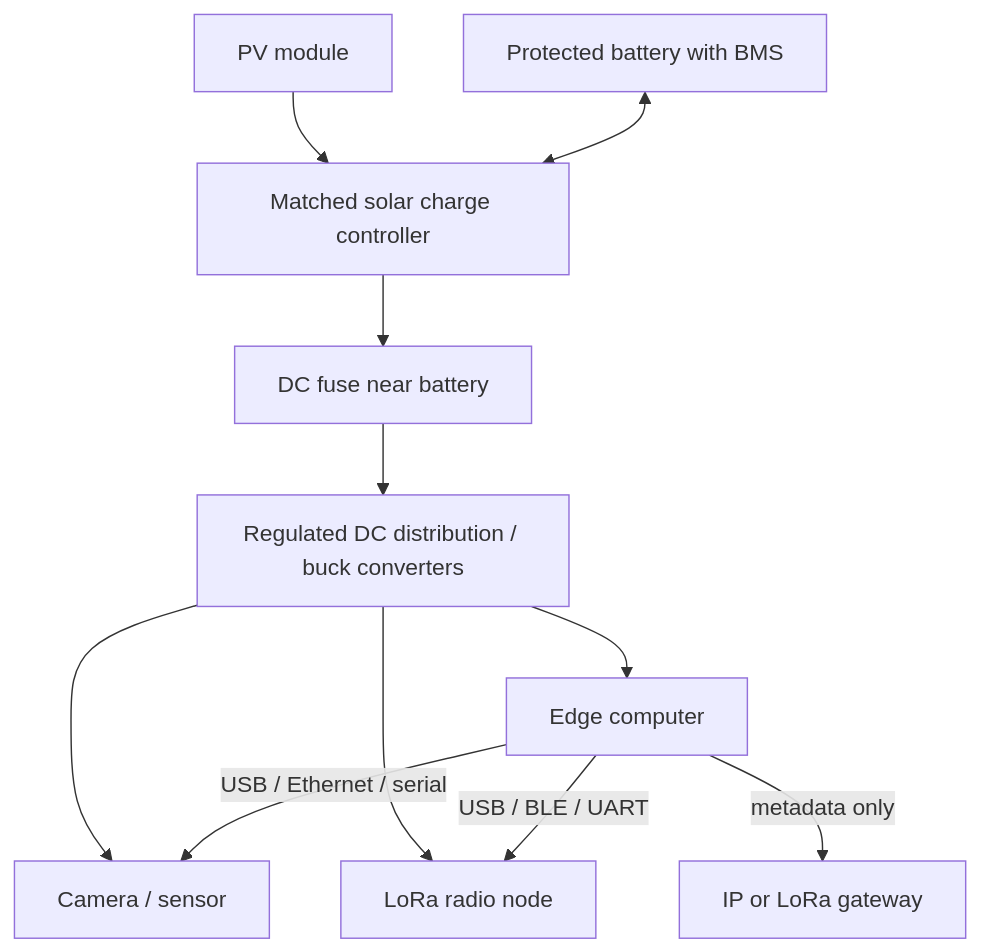
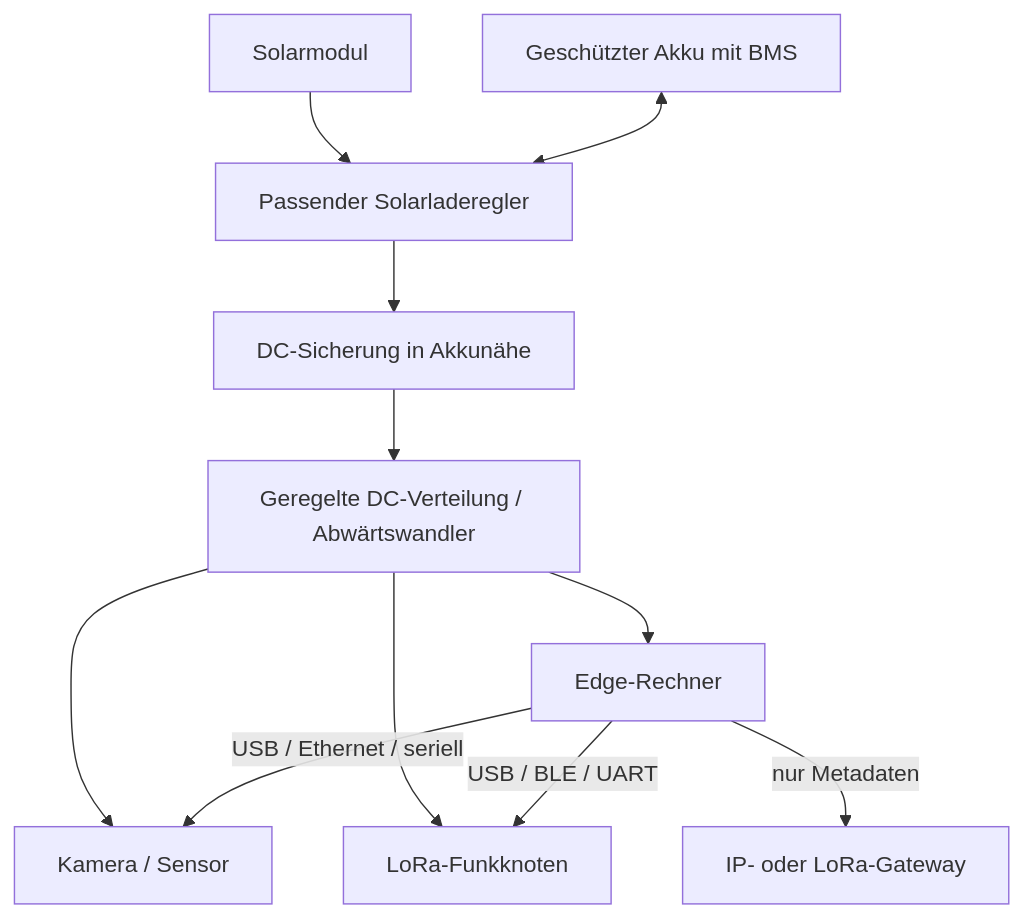
Before and after one commit to simonthomas-ai/BeeKeeper3000: the third of 4 diagrams in docs/HARDWARE-REFERENCE-DESIGNS.md, drawn with Mermaid. The commit also changed other lines of this file, not shown here.

Commit message:
Hardware-Referenzentwürfe einschließlich Diagrammen und Sicherheitshinweisen ins Deutsche übersetzen

```diff
--- a/docs/HARDWARE-REFERENCE-DESIGNS.md
+++ b/docs/HARDWARE-REFERENCE-DESIGNS.md
@@ -31,13 +31,13 @@
 ~~~mermaid
 flowchart TD
-  PV[PV module] --> CTRL[Matched solar charge controller]
-  BAT[Protected battery with BMS] <--> CTRL
-  CTRL --> F1[DC fuse near battery]
-  F1 --> DC[Regulated DC distribution / buck converters]
-  DC --> EDGE[Edge computer]
-  DC --> CAM[Camera / sensor]
-  DC --> RADIO[LoRa radio node]
-  EDGE -->|USB / Ethernet / serial| CAM
+  PV[Solarmodul] --> CTRL[Passender Solarladeregler]
+  BAT[Geschützter Akku mit BMS] <--> CTRL
+  CTRL --> F1[DC-Sicherung in Akkunähe]
+  F1 --> DC[Geregelte DC-Verteilung / Abwärtswandler]
+  DC --> EDGE[Edge-Rechner]
+  DC --> CAM[Kamera / Sensor]
+  DC --> RADIO[LoRa-Funkknoten]
+  EDGE -->|USB / Ethernet / seriell| CAM
   EDGE -->|USB / BLE / UART| RADIO
-  EDGE -->|metadata only| NET[IP or LoRa gateway]
+  EDGE -->|nur Metadaten| NET[IP- oder LoRa-Gateway]
 ~~~
```
